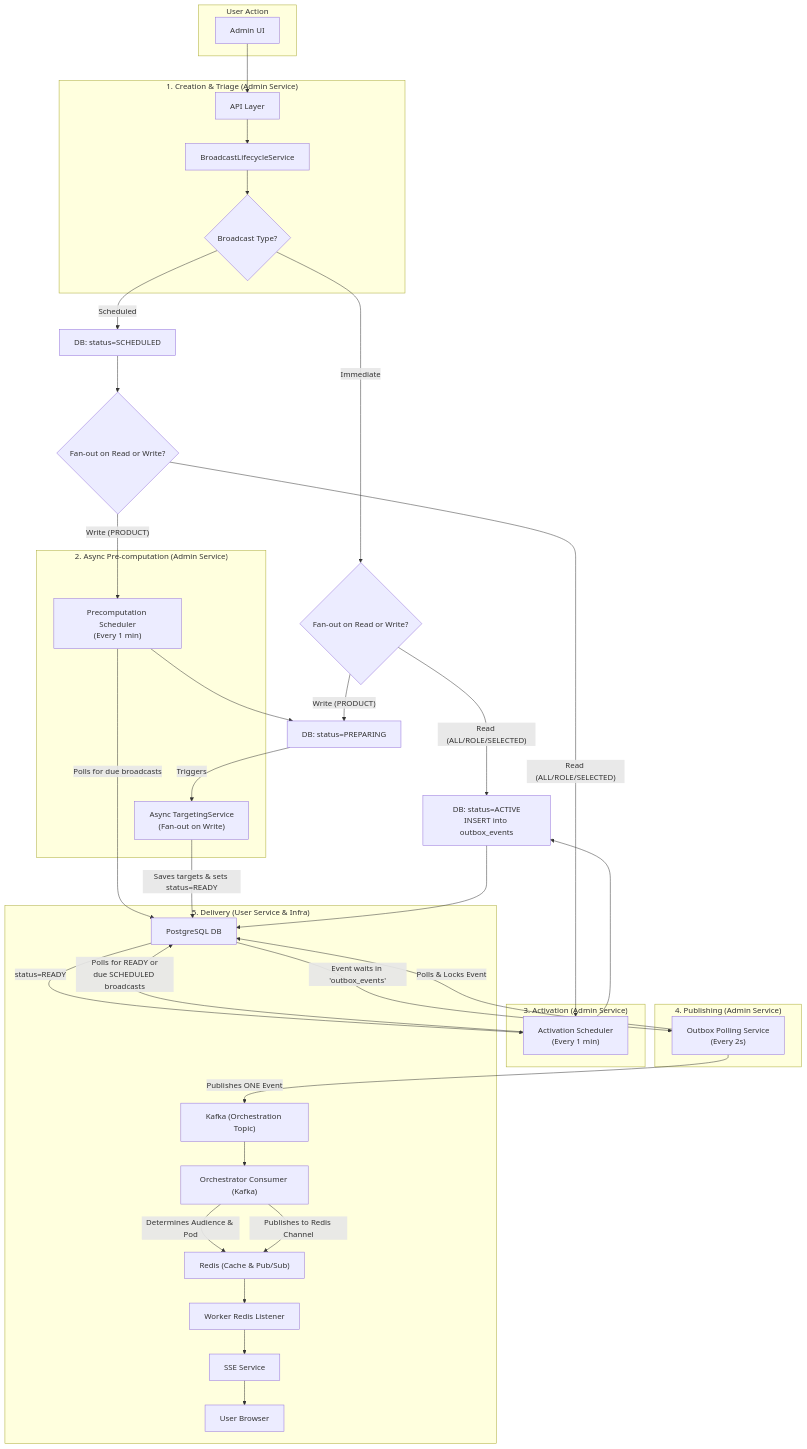
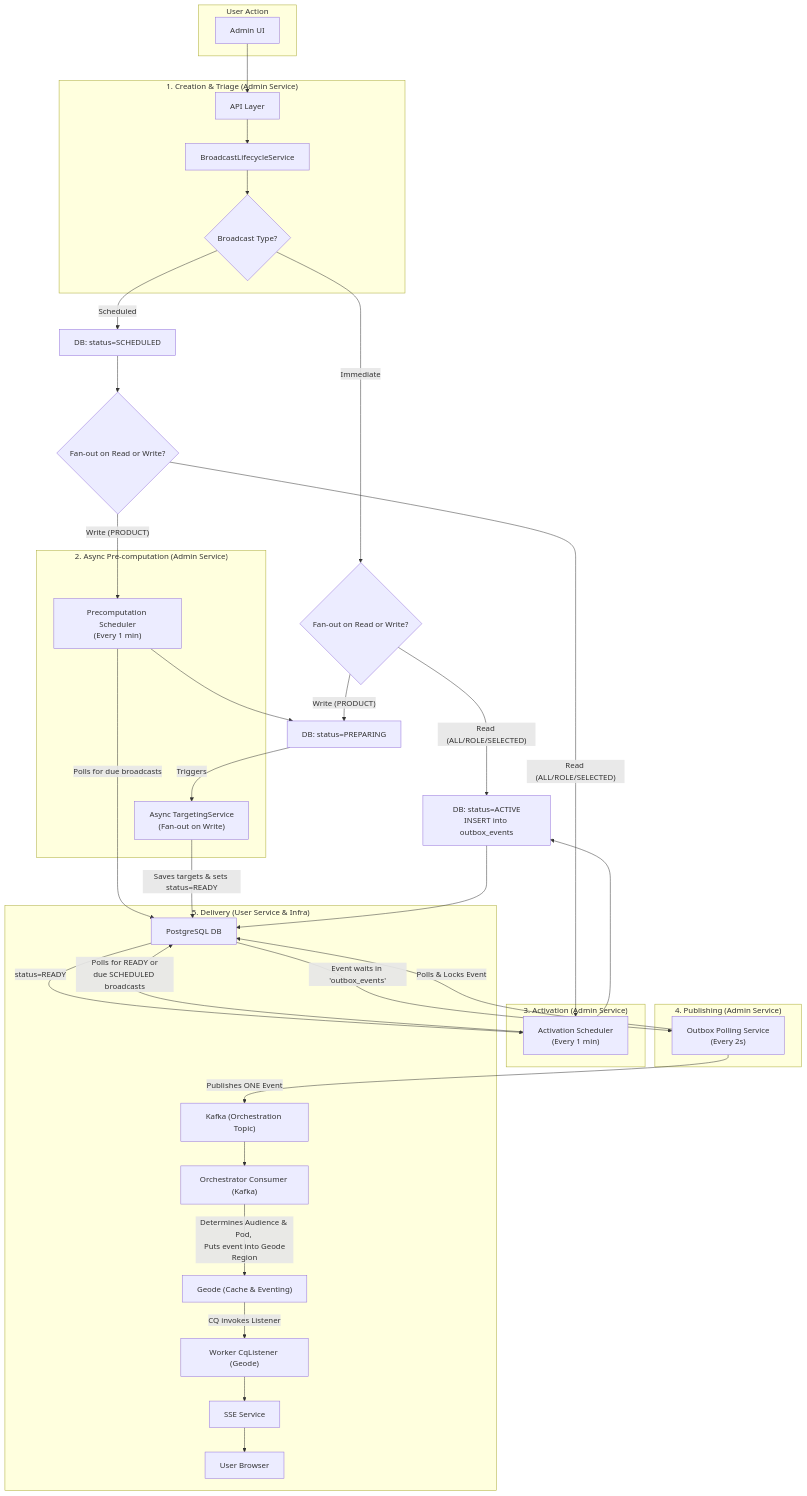
Before and after one commit to rsrini7/Notification-SSE-GLM-Flux: the diagram in MermaidDiagrams/graph-overall-flow-complex.mmd, drawn with Mermaid. The commit also changed 26 other files, not shown here.

First line of the commit message:
refactor(diagrams): replace Redis with Geode in all diagrams

```diff
--- a/MermaidDiagrams/graph-overall-flow-complex.mmd
+++ b/MermaidDiagrams/graph-overall-flow-complex.mmd
@@ -1,74 +1,74 @@
 graph TD
     subgraph "User Action"
         AdminUI[Admin UI]
     end
 
     subgraph "1. Creation & Triage (Admin Service)"
         AdminAPI["API Layer"]
         LifecycleSvc["BroadcastLifecycleService"]
         CreationTriage{"Broadcast Type?"}
     end
 
     subgraph "2. Async Pre-computation (Admin Service)"
         PrecomputationScheduler["Precomputation Scheduler<br/>(Every 1 min)"]
         AsyncPrecomputation["Async TargetingService<br/>(Fan-out on Write)"]
     end
     
+
     subgraph "3. Activation (Admin Service)"
         ActivationScheduler["Activation Scheduler<br/>(Every 1 min)"]
     end
 
     subgraph "4. Publishing (Admin Service)"
         OutboxPoller["Outbox Polling Service<br/>(Every 2s)"]
     end
 
     subgraph "5. Delivery (User Service & Infra)"
         OrchestratorConsumer["Orchestrator Consumer (Kafka)"]
-        WorkerRedisListener["Worker Redis Listener"]
+        WorkerCqListener["Worker CqListener (Geode)"]
         SseService["SSE Service"]
         Kafka["Kafka (Orchestration Topic)"]
-        Redis["Redis (Cache & Pub/Sub)"]
+        Geode["Geode (Cache & Eventing)"]
         Postgres["PostgreSQL DB"]
         User[User Browser]
     end
     
     %% --- FLOW START ---
     AdminUI --> AdminAPI --> LifecycleSvc --> CreationTriage
 
     %% --- PATH A: IMMEDIATE BROADCASTS ---
     CreationTriage -- "Immediate" --> ImmediateType{"Fan-out on Read or Write?"}
     ImmediateType -- "Read (ALL/ROLE/SELECTED)" --> SaveActiveAndOutbox["DB: status=ACTIVE<br/>INSERT into outbox_events"]
     ImmediateType -- "Write (PRODUCT)" --> SavePreparing["DB: status=PREPARING"]
     
     SavePreparing -- "Triggers" --> AsyncPrecomputation
 
     %% --- PATH B: SCHEDULED BROADCASTS ---
     CreationTriage -- "Scheduled" --> SaveScheduled["DB: status=SCHEDULED"]
     SaveScheduled --> ScheduledType{"Fan-out on Read or Write?"}
     
     ScheduledType -- "Write (PRODUCT)" --> PrecomputationScheduler
     PrecomputationScheduler -- "Polls for due broadcasts" --> Postgres
     PrecomputationScheduler --> SavePreparing
     
     ScheduledType -- "Read (ALL/ROLE/SELECTED)" --> ActivationScheduler
 
     %% --- PRECOMPUTATION & ACTIVATION FLOW ---
     AsyncPrecomputation -- "Saves targets & sets status=READY" --> Postgres
     Postgres -- "status=READY" --> ActivationScheduler
     
     ActivationScheduler -- "Polls for READY or<br/>due SCHEDULED broadcasts" --> Postgres
     ActivationScheduler --> SaveActiveAndOutbox
     
     %% --- CONVERGENCE & PUBLISHING ---
     SaveActiveAndOutbox --> Postgres
     Postgres -- "Event waits in 'outbox_events'" --> OutboxPoller
     OutboxPoller -- "Polls & Locks Event" --> Postgres
     OutboxPoller -- "Publishes ONE Event" --> Kafka
 
     %% --- DELIVERY ---
     Kafka --> OrchestratorConsumer
-    OrchestratorConsumer -- "Determines Audience & Pod" --> Redis
-    OrchestratorConsumer -- "Publishes to Redis Channel" --> Redis
-    Redis --> WorkerRedisListener
-    WorkerRedisListener --> SseService
+    OrchestratorConsumer -- "Determines Audience & Pod, <br/> Puts event into Geode Region" --> Geode
+    Geode -- "CQ invokes Listener" --> WorkerCqListener
+    WorkerCqListener --> SseService
     SseService --> User
```
